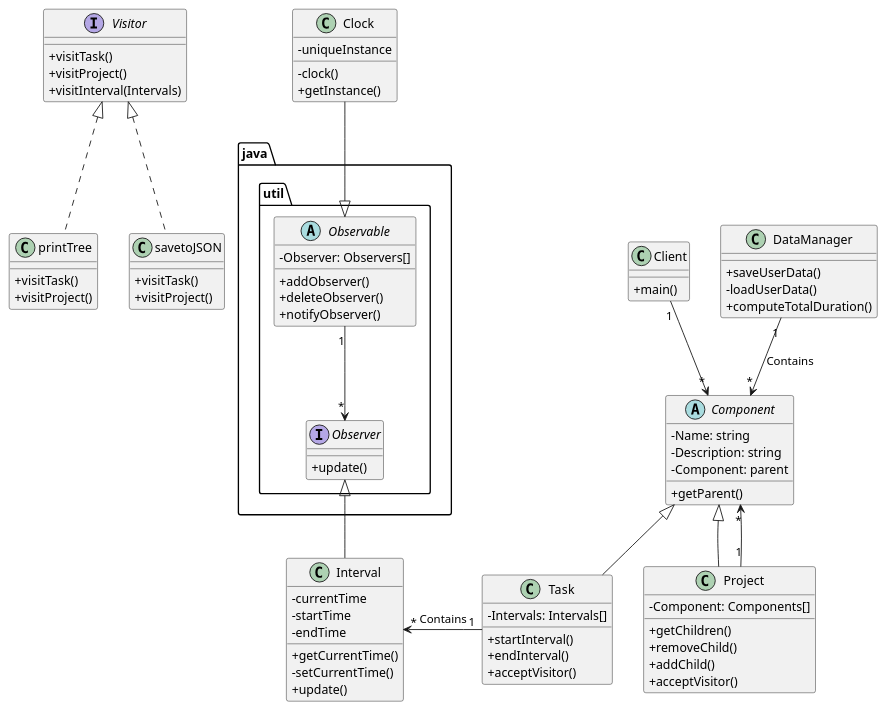
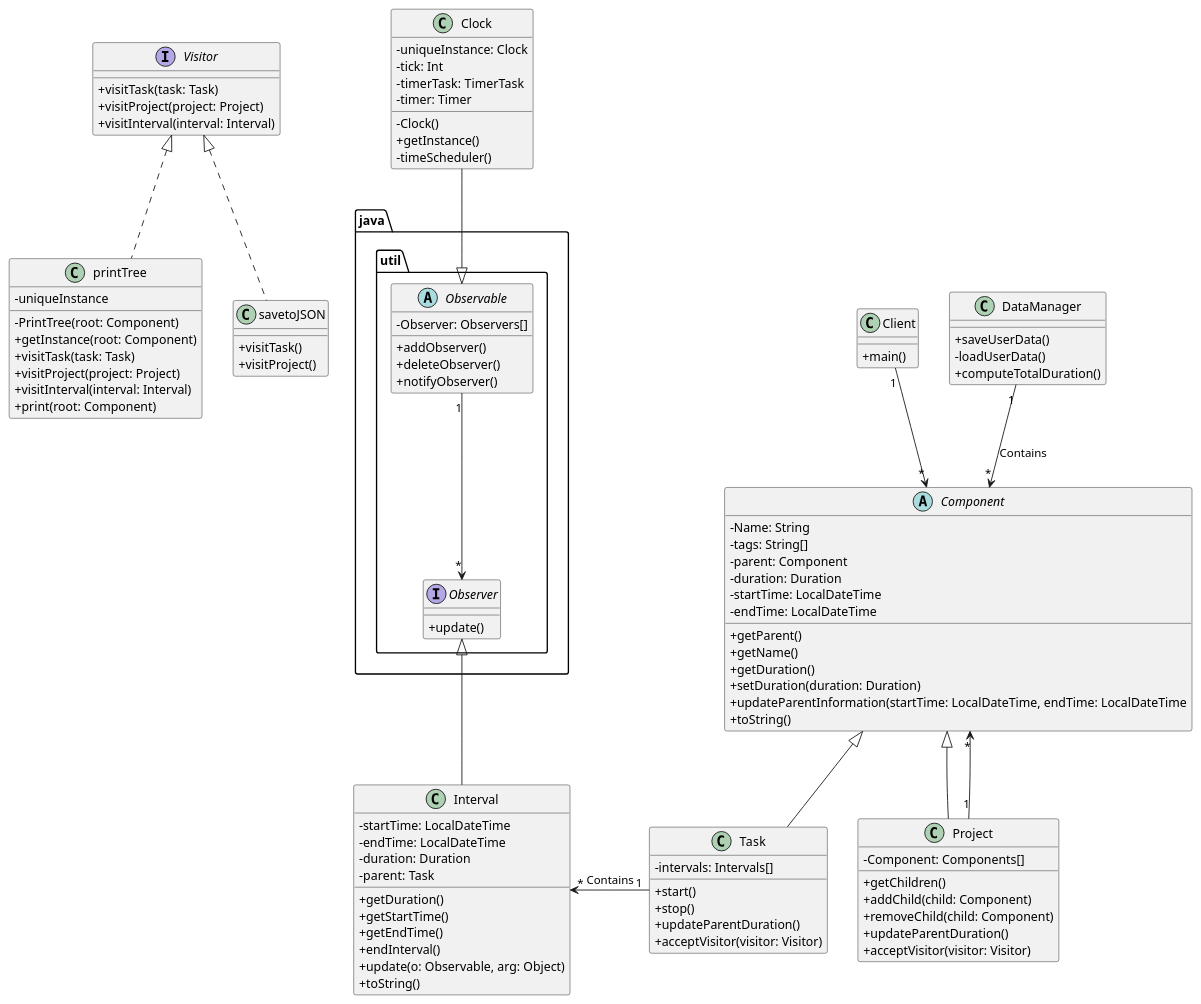
The diagram in Time_Tracker/DSTimeTracker.puml (quimcamprubi/DS_Time_Tracker), drawn with PlantUML before and after one commit. The commit also changed 3 other files, not shown here.

Commit message:
Updated plantUML design before JSON implementation

```diff
--- a/Time_Tracker/DSTimeTracker.puml
+++ b/Time_Tracker/DSTimeTracker.puml
@@ -1,97 +1,116 @@
 @startuml 
 
 skinparam classAttributeIconSize 0
 skinparam linetype polyline
 
 abstract class Component {
-- Name: string
-- Description: string
-- Component: parent
+- Name: String
+- tags: String[]
+- parent: Component
+- duration: Duration
+- startTime: LocalDateTime
+- endTime: LocalDateTime
 + getParent()
++ getName()
++ getDuration()
++ setDuration(duration: Duration)
++ updateParentInformation(startTime: LocalDateTime, endTime: LocalDateTime
++ toString()
 }
 
 class Project extends Component {
 - Component: Components[]
 + getChildren()
-+ removeChild()
-+ addChild()
-+ acceptVisitor()
++ addChild(child: Component)
++ removeChild(child: Component)
++ updateParentDuration()
++ acceptVisitor(visitor: Visitor)
 }
 
-
 class Task extends Component {
-- Intervals: Intervals[]
-+ startInterval()
-+ endInterval()
-+ acceptVisitor()
+- intervals: Intervals[]
++ start()
++ stop()
++ updateParentDuration()
++ acceptVisitor(visitor: Visitor)
 }
 
 Interface Visitor{
-+ visitTask()
-+ visitProject()
-+ visitInterval(Intervals)
++ visitTask(task: Task)
++ visitProject(project: Project)
++ visitInterval(interval: Interval)
 }
 
 class printTree {
-+ visitTask()
-+ visitProject()
+- uniqueInstance
+- PrintTree(root: Component)
++ getInstance(root: Component)
++ visitTask(task: Task)
++ visitProject(project: Project)
++ visitInterval(interval: Interval)
++ print(root: Component)
 }
 
 class savetoJSON {
 + visitTask()
 + visitProject()
 }
 
 class Interval{
-- currentTime
-- startTime
-- endTime
-+ getCurrentTime()
-- setCurrentTime()
-+ update()
-
+- startTime: LocalDateTime
+- endTime: LocalDateTime
+- duration: Duration
+- parent: Task
++ getDuration()
++ getStartTime()
++ getEndTime()
++ endInterval()
++ update(o: Observable, arg: Object)
++ toString()
 }
 
 package java.util <<Folder>> {
     Interface Observer{
     + update()
     }
 
     abstract class Observable {
     - Observer: Observers[]
     + addObserver()
     + deleteObserver()
     + notifyObserver()
     }
 }
 
-
 class Clock {
-- uniqueInstance
-- clock()
+- uniqueInstance: Clock
+- tick: Int
+- timerTask: TimerTask
+- timer: Timer
+- Clock()
 + getInstance()
+- timeScheduler()
 }
 
-class Client{
+class Client {
 + main()
 }
 
-class DataManager{  
+class DataManager {
 + saveUserData()
 - loadUserData()
 + computeTotalDuration()
 }
-
 
 DataManager "1" -down-> "*" Component: Contains
 Project "1" -up-> "*" Component
 Client "1" -down-> "*" Component
 Task "1" -left-> "*" Interval:Contains
 Clock -down-|> Observable
 Observable "1" -Down-> "*" Observer
 Interval -up-|> Observer
 Task -[hidden]right-> Project
 printTree .up.|> Visitor
 savetoJSON .up.|> Visitor
 
 @enduml
```
